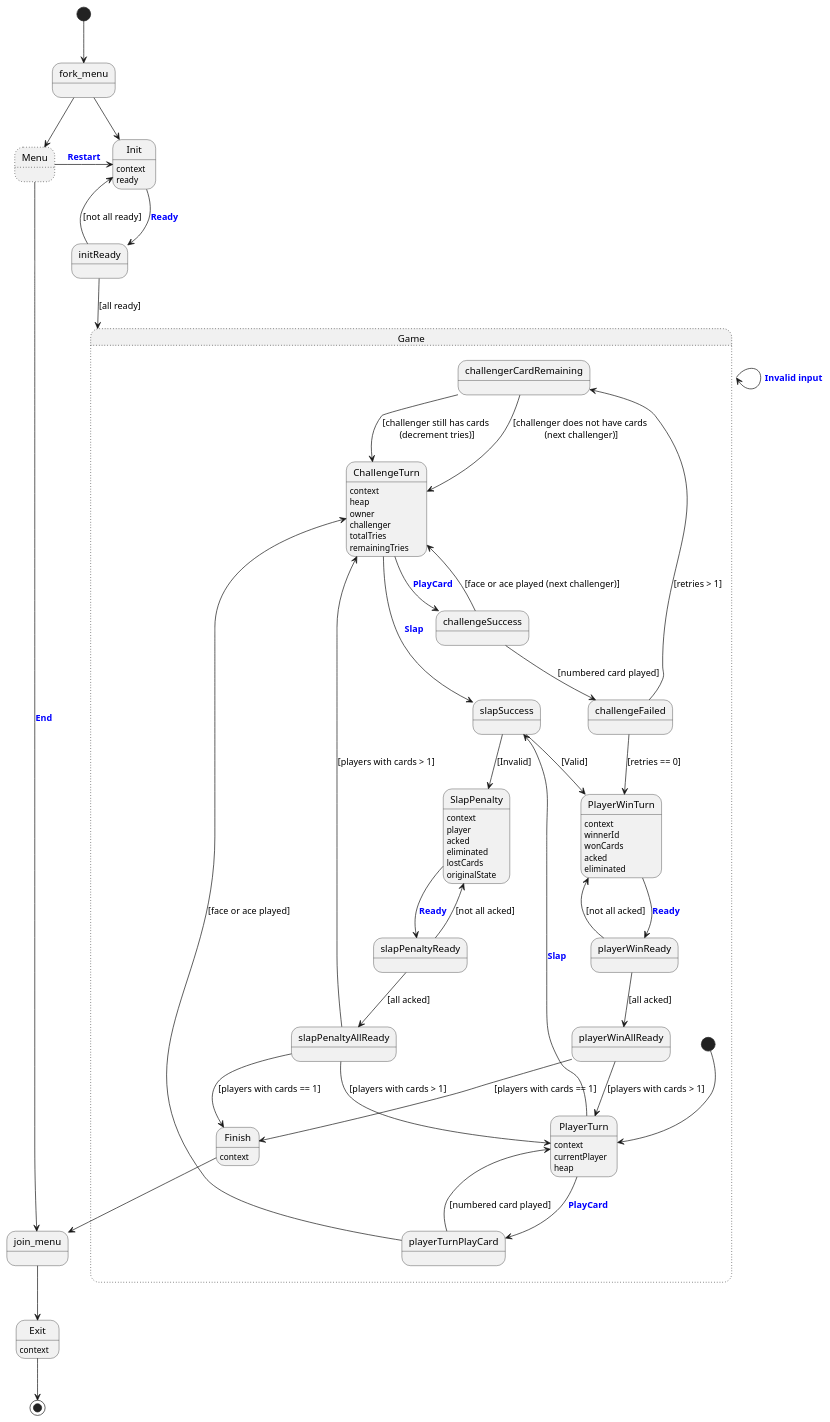
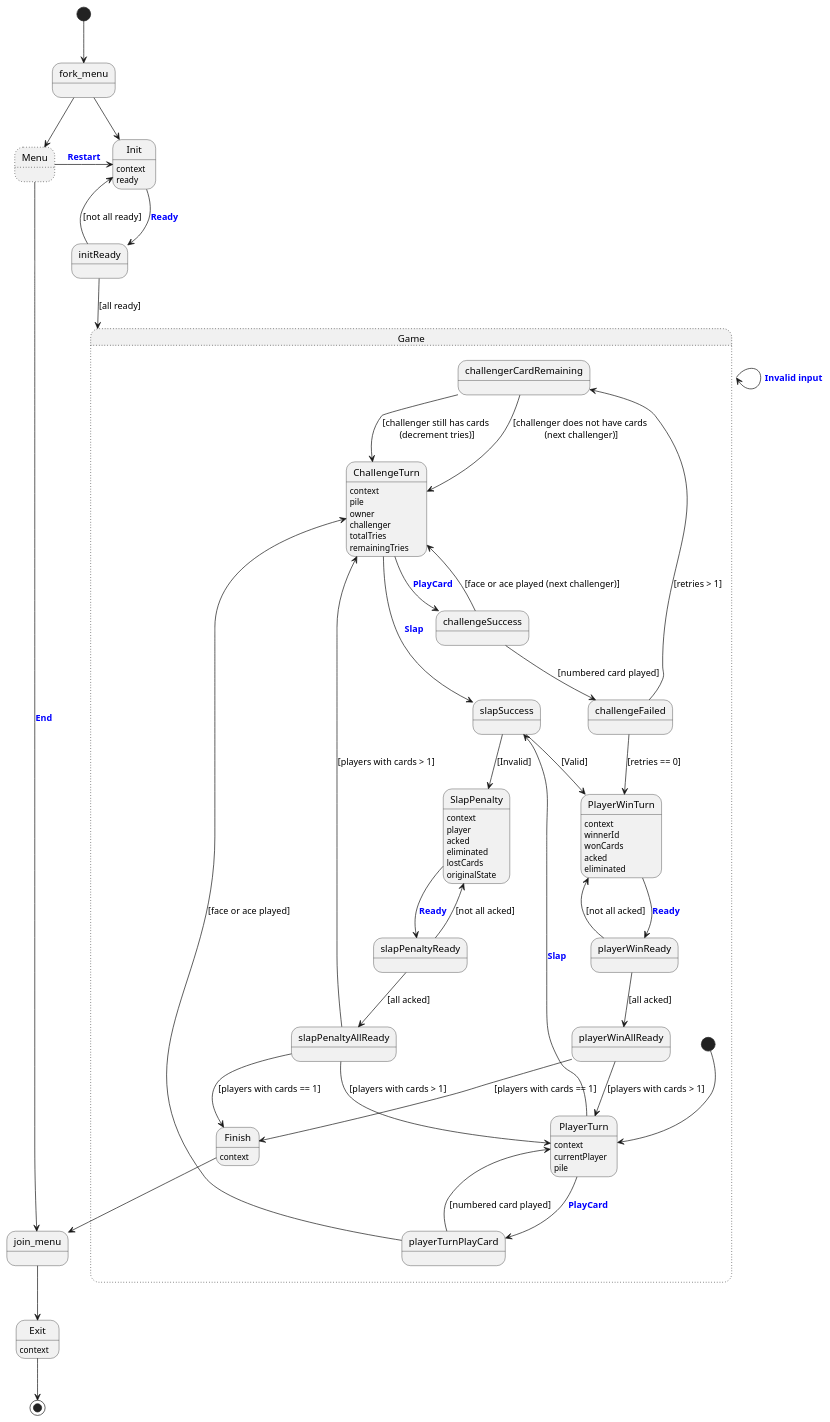
Before and after one commit to tyoras/cards: the diagram in docs/puml/egyptian_ratscrew.puml, drawn with PlantUML. The commit also changed 49 other files, not shown here.

```diff
--- a/docs/puml/egyptian_ratscrew.puml
+++ b/docs/puml/egyptian_ratscrew.puml
@@ -1,111 +1,111 @@
 @startuml
 'https://plantuml.com/state-diagram
 
-'scale 500 width
+'scale 1000 width
 [*] --> fork_menu
 fork_menu --> Init
 Init --> initReady : <font color=blue><b>Ready
 initReady --> Init : [not all ready]
 initReady --> Game : [all ready]
 fork_menu --> Menu
 Menu -> Init : <font color=blue><b>Restart
 Menu --> join_menu : <font color=blue><b>End
 join_menu --> Exit
 Exit --> [*]
 
 state fork_menu <<fork>>
 state join_menu <<join>>
 state Init {
   Init : context
   Init: ready
 }
 
 state initReady <<choice>>
 
 state Game ##[dotted] {
   [*] --> PlayerTurn
   PlayerTurn --> slapSuccess : <font color=blue><b>Slap
   PlayerTurn --> playerTurnPlayCard : <font color=blue><b>PlayCard
   playerTurnPlayCard --> PlayerTurn : [numbered card played]
   playerTurnPlayCard --> ChallengeTurn : [face or ace played]
   ChallengeTurn --> challengeSuccess : <font color=blue><b>PlayCard
   ChallengeTurn --> slapSuccess : <font color=blue><b>Slap
   challengeSuccess --> ChallengeTurn : [face or ace played (next challenger)]
   challengeSuccess --> challengeFailed : [numbered card played]
   challengeFailed --> challengerCardRemaining : [retries > 1]
   challengeFailed --> PlayerWinTurn : [retries == 0]
   challengerCardRemaining --> ChallengeTurn : [challenger still has cards \n(decrement tries)]
   challengerCardRemaining -> ChallengeTurn : [challenger does not have cards \n(next challenger)]
   slapSuccess --> PlayerWinTurn: [Valid]
   slapSuccess --> SlapPenalty: [Invalid]
  SlapPenalty --> slapPenaltyReady : <font color=blue><b>Ready
    slapPenaltyReady --> SlapPenalty : [not all acked]
    slapPenaltyReady --> slapPenaltyAllReady : [all acked]
    slapPenaltyAllReady --> ChallengeTurn : [players with cards > 1]
    slapPenaltyAllReady --> PlayerTurn : [players with cards > 1]
    slapPenaltyAllReady --> Finish : [players with cards == 1]
   PlayerWinTurn --> playerWinReady : <font color=blue><b>Ready
   playerWinReady --> PlayerWinTurn : [not all acked]
   playerWinReady --> playerWinAllReady : [all acked]
   playerWinAllReady --> PlayerTurn : [players with cards > 1]
   playerWinAllReady --> Finish : [players with cards == 1]
   Finish --> join_menu
   Game --> Game : <font color=blue><b>Invalid input
 
   state PlayerTurn {
     PlayerTurn : context
     PlayerTurn : currentPlayer
-    PlayerTurn : heap
+    PlayerTurn : pile
   }
 
   state playerTurnPlayCard <<choice>>
   state challengeSuccess <<choice>>
   state challengeFailed <<choice>>
   state challengerCardRemaining <<choice>>
 
   state ChallengeTurn {
       ChallengeTurn : context
-      ChallengeTurn : heap
+      ChallengeTurn : pile
       ChallengeTurn : owner
       ChallengeTurn : challenger
       ChallengeTurn : totalTries
       ChallengeTurn : remainingTries
     }
 
   state slapSuccess <<choice>>
 
   state SlapPenalty {
     SlapPenalty : context
     SlapPenalty : player
     SlapPenalty : acked
     SlapPenalty : eliminated
     SlapPenalty : lostCards
     SlapPenalty : originalState
   }
 
   state slapPenaltyReady <<choice>>
   state slapPenaltyAllReady <<choice>>
 
   state PlayerWinTurn {
     PlayerWinTurn : context
     PlayerWinTurn : winnerId
     PlayerWinTurn : wonCards
     PlayerWinTurn : acked
     PlayerWinTurn : eliminated
   }
 
   state playerWinReady <<choice>>
   state playerWinAllReady <<choice>>
 
   state Finish {
     Finish : context
   }
 }
 
 state Menu ##[dotted]
 
 state Exit {
   Exit : context
 }
 
 @enduml
```
